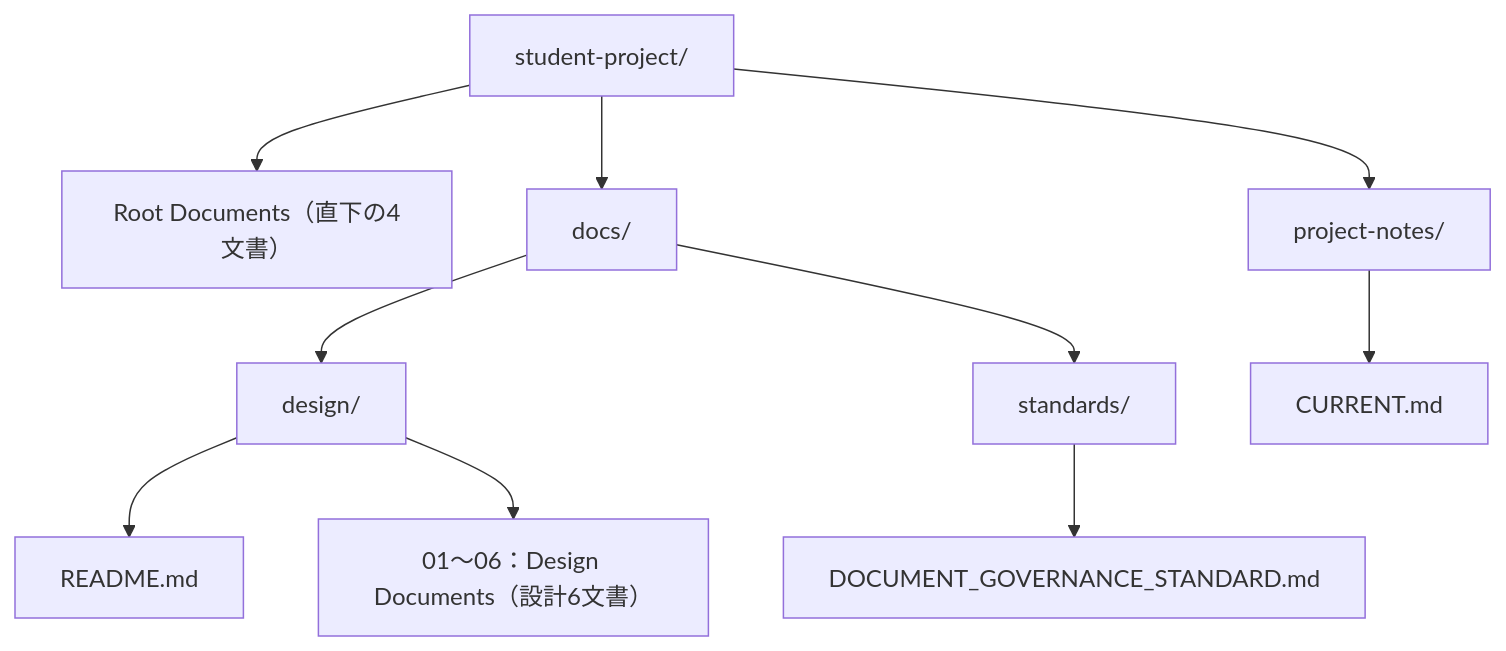
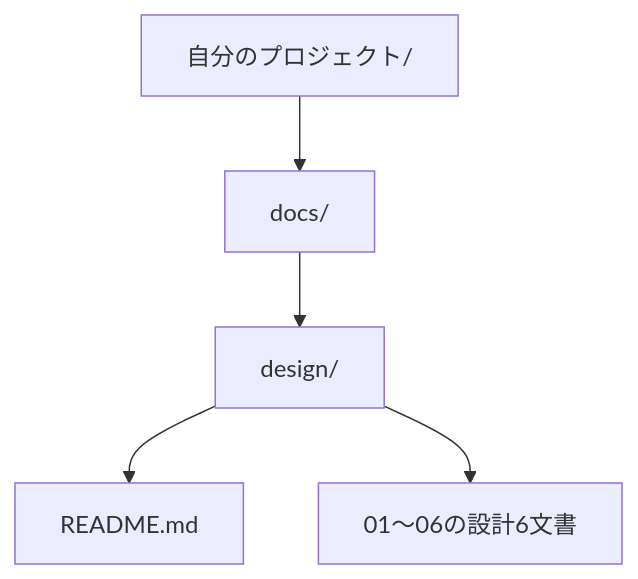
One commit to t-oikawa-sendai/design-document-templates changed the diagram in docs/STUDENT_USAGE_GUIDE.md. Above: the diagram before and after it, drawn with Mermaid. The commit also changed other lines of this file and 13 other files, not shown here.

````diff
--- a/docs/STUDENT_USAGE_GUIDE.md
+++ b/docs/STUDENT_USAGE_GUIDE.md
@@ -117,13 +106,7 @@
 ```mermaid
 flowchart TD
-    R["student-project/"]
-    R --> ROOTFILES["Root Documents（直下の4文書）"]
-    R --> DOCS["docs/"]
-    R --> NOTES["project-notes/"]
-    DOCS --> DESIGN["design/"]
-    DOCS --> STANDARDS["standards/"]
-    DESIGN --> INDEX["README.md"]
-    DESIGN --> SIX["01〜06：Design Documents（設計6文書）"]
-    STANDARDS --> GOVERNANCE["DOCUMENT_GOVERNANCE_STANDARD.md"]
-    NOTES --> CURRENT["CURRENT.md"]
+    P["自分のプロジェクト/"] --> D["docs/"]
+    D --> S["design/"]
+    S --> I["README.md"]
+    S --> F["01〜06の設計6文書"]
 ```
````
